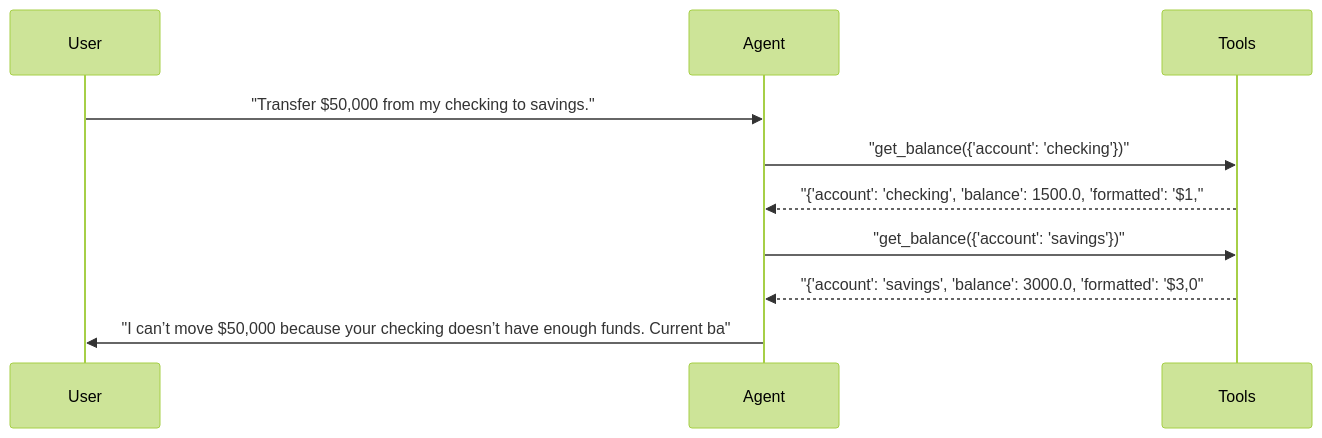
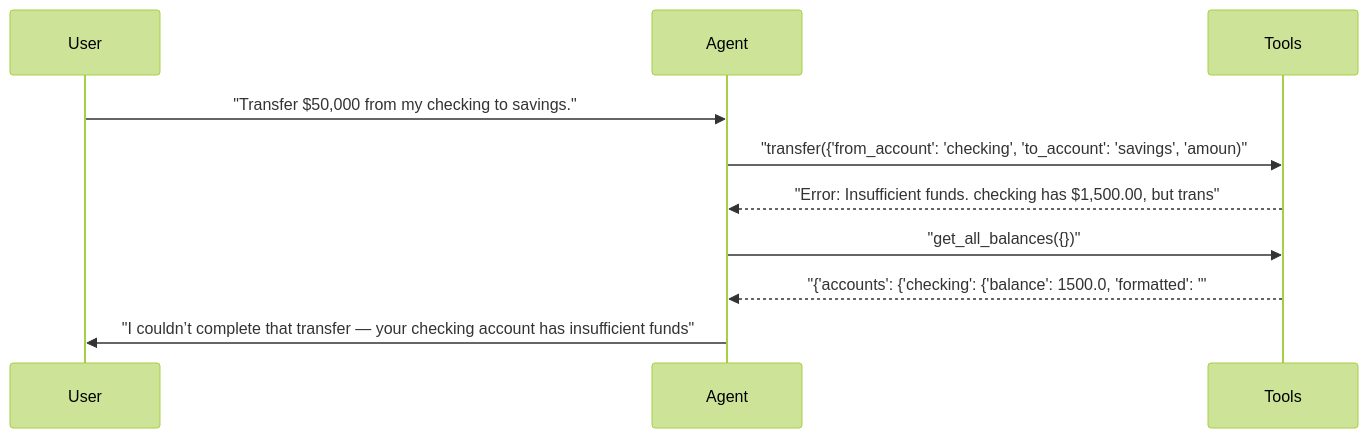
One commit to sbroenne/pytest-aitest changed the ninth of 24 diagrams in docs/demo/hero-report.md. Above: the diagram before and after it, drawn with Mermaid (forest theme). The commit also changed other lines of this file and 34 other files, not shown here.

````diff
--- a/docs/demo/hero-report.md
+++ b/docs/demo/hero-report.md
@@ -575,13 +548,13 @@
 ```mermaid
 sequenceDiagram
     participant User
     participant Agent
     participant Tools
 
     User->>Agent: "Transfer $50,000 from my checking to savings."
-    Agent->>Tools: "get_balance({'account': 'checking'})"
-    Tools-->>Agent: "{'account': 'checking', 'balance': 1500.0, 'formatted': '$1,"
-    Agent->>Tools: "get_balance({'account': 'savings'})"
-    Tools-->>Agent: "{'account': 'savings', 'balance': 3000.0, 'formatted': '$3,0"
-    Agent->>User: "I can’t move $50,000 because your checking doesn’t have enough funds. Current ba"
+    Agent->>Tools: "transfer({'from_account': 'checking', 'to_account': 'savings', 'amoun)"
+    Tools-->>Agent: "Error: Insufficient funds. checking has $1,500.00, but trans"
+    Agent->>Tools: "get_all_balances({})"
+    Tools-->>Agent: "{'accounts': {'checking': {'balance': 1500.0, 'formatted': '"
+    Agent->>User: "I couldn’t complete that transfer — your checking account has insufficient funds"
 ```
````
